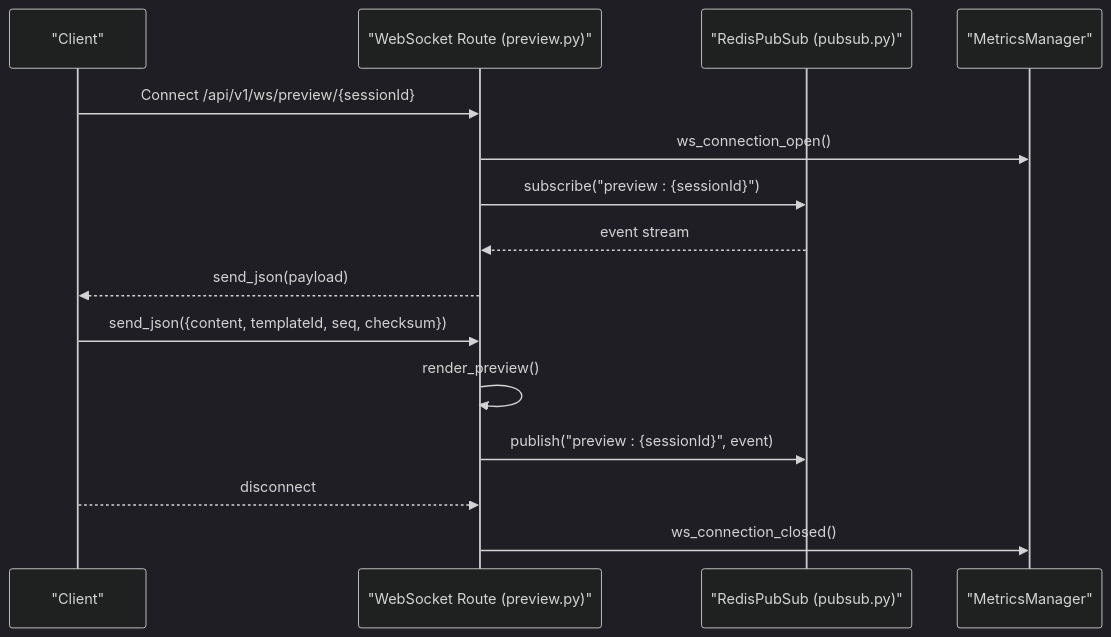
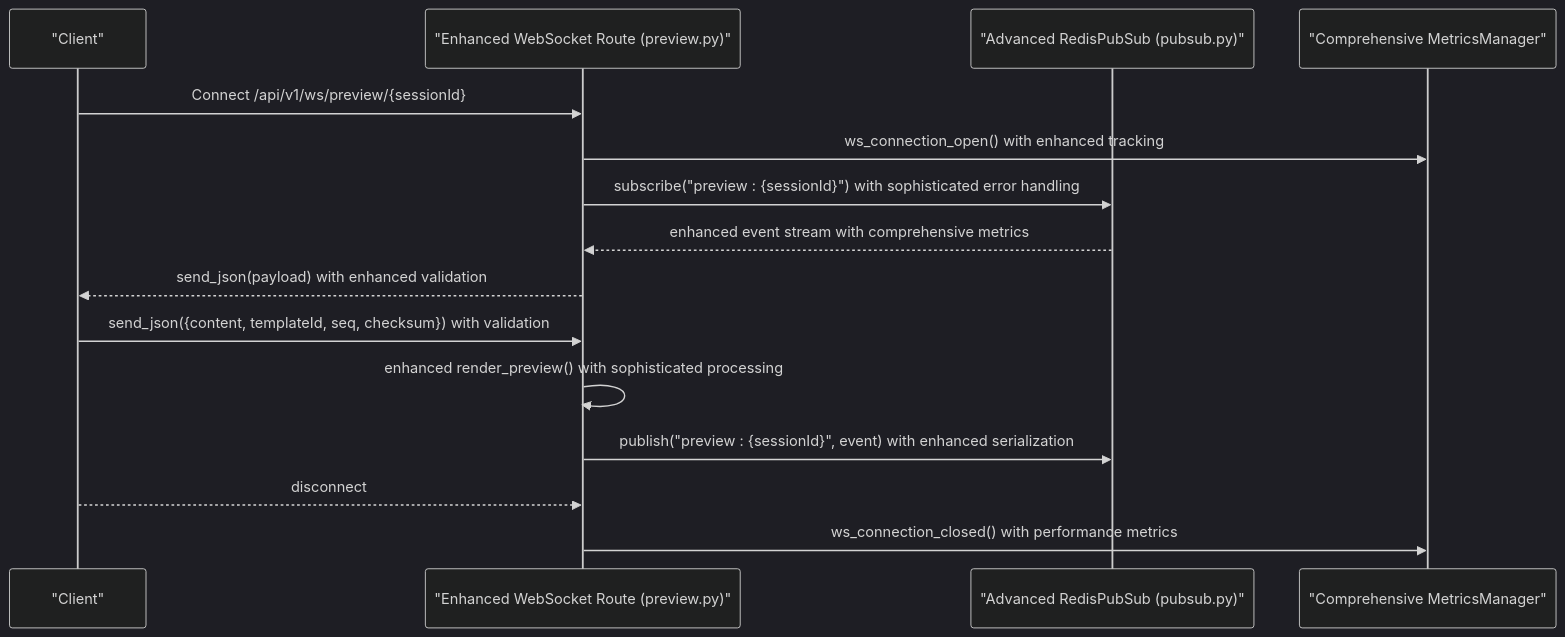
One commit to rohitkumarnaidu/-Auto-AI-Automated-Academic-Docx-Manuscript-Formatter changed the sixth of 9 diagrams in .qoder/repowiki/en/content/Backend Development/Real-time Communication.md. Above: the diagram before and after it, drawn with Mermaid (dark theme). The commit also changed other lines of this file and 6 other files, not shown here.

````diff
--- a/.qoder/repowiki/en/content/Backend Development/Real-time Communication.md
+++ b/.qoder/repowiki/en/content/Backend Development/Real-time Communication.md
@@ -236,17 +250,17 @@
 ```mermaid
 sequenceDiagram
 participant Client as "Client"
-participant WS as "WebSocket Route (preview.py)"
-participant PS as "RedisPubSub (pubsub.py)"
-participant Metrics as "MetricsManager"
+participant WS as "Enhanced WebSocket Route (preview.py)"
+participant PS as "Advanced RedisPubSub (pubsub.py)"
+participant Metrics as "Comprehensive MetricsManager"
 Client->>WS : Connect /api/v1/ws/preview/{sessionId}
-WS->>Metrics : ws_connection_open()
-WS->>PS : subscribe("preview : {sessionId}")
-PS-->>WS : event stream
-WS-->>Client : send_json(payload)
-Client->>WS : send_json({content, templateId, seq, checksum})
-WS->>WS : render_preview()
-WS->>PS : publish("preview : {sessionId}", event)
+WS->>Metrics : ws_connection_open() with enhanced tracking
+WS->>PS : subscribe("preview : {sessionId}") with sophisticated error handling
+PS-->>WS : enhanced event stream with comprehensive metrics
+WS-->>Client : send_json(payload) with enhanced validation
+Client->>WS : send_json({content, templateId, seq, checksum}) with validation
+WS->>WS : enhanced render_preview() with sophisticated processing
+WS->>PS : publish("preview : {sessionId}", event) with enhanced serialization
 Client-->>WS : disconnect
-WS->>Metrics : ws_connection_closed()
+WS->>Metrics : ws_connection_closed() with performance metrics
 ```
````
